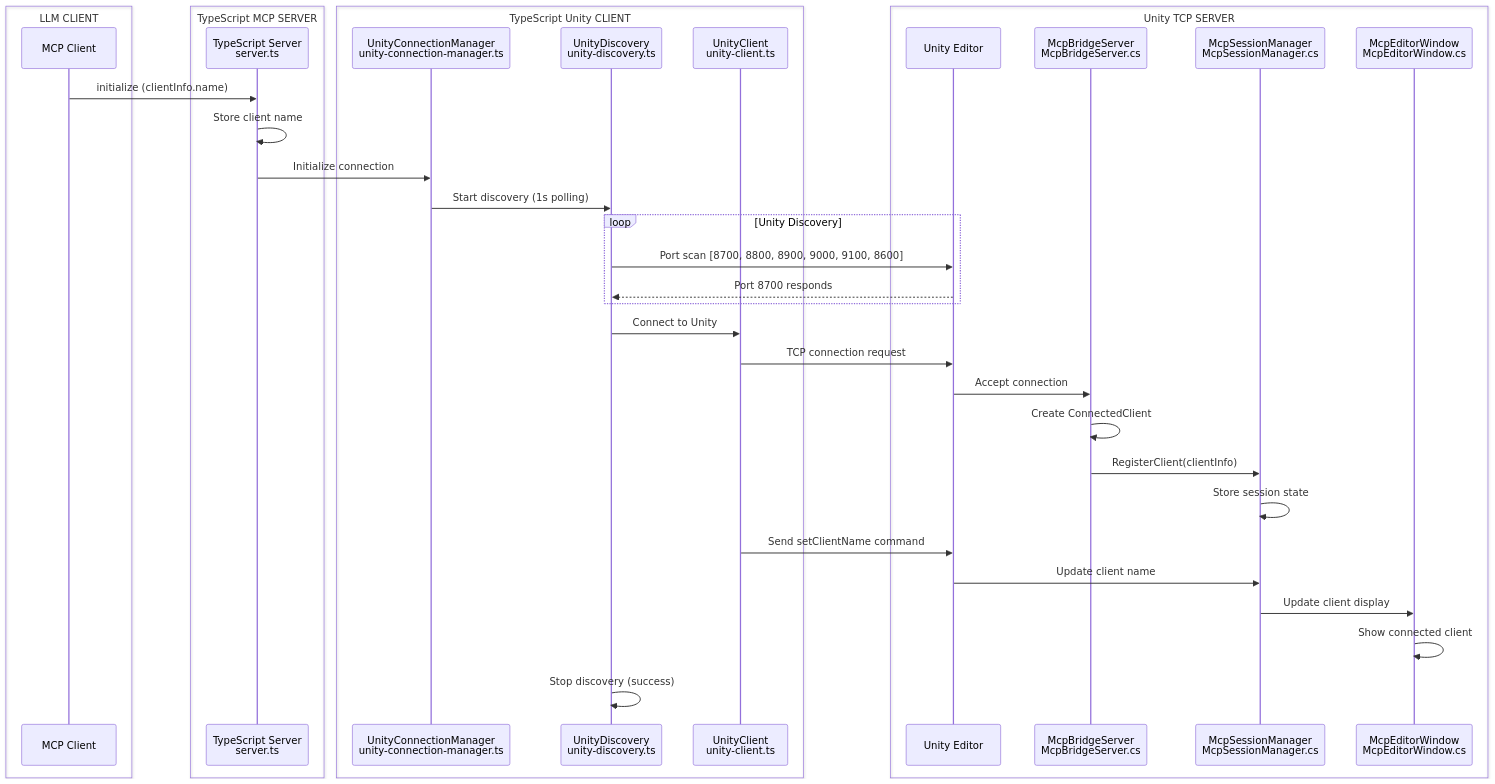
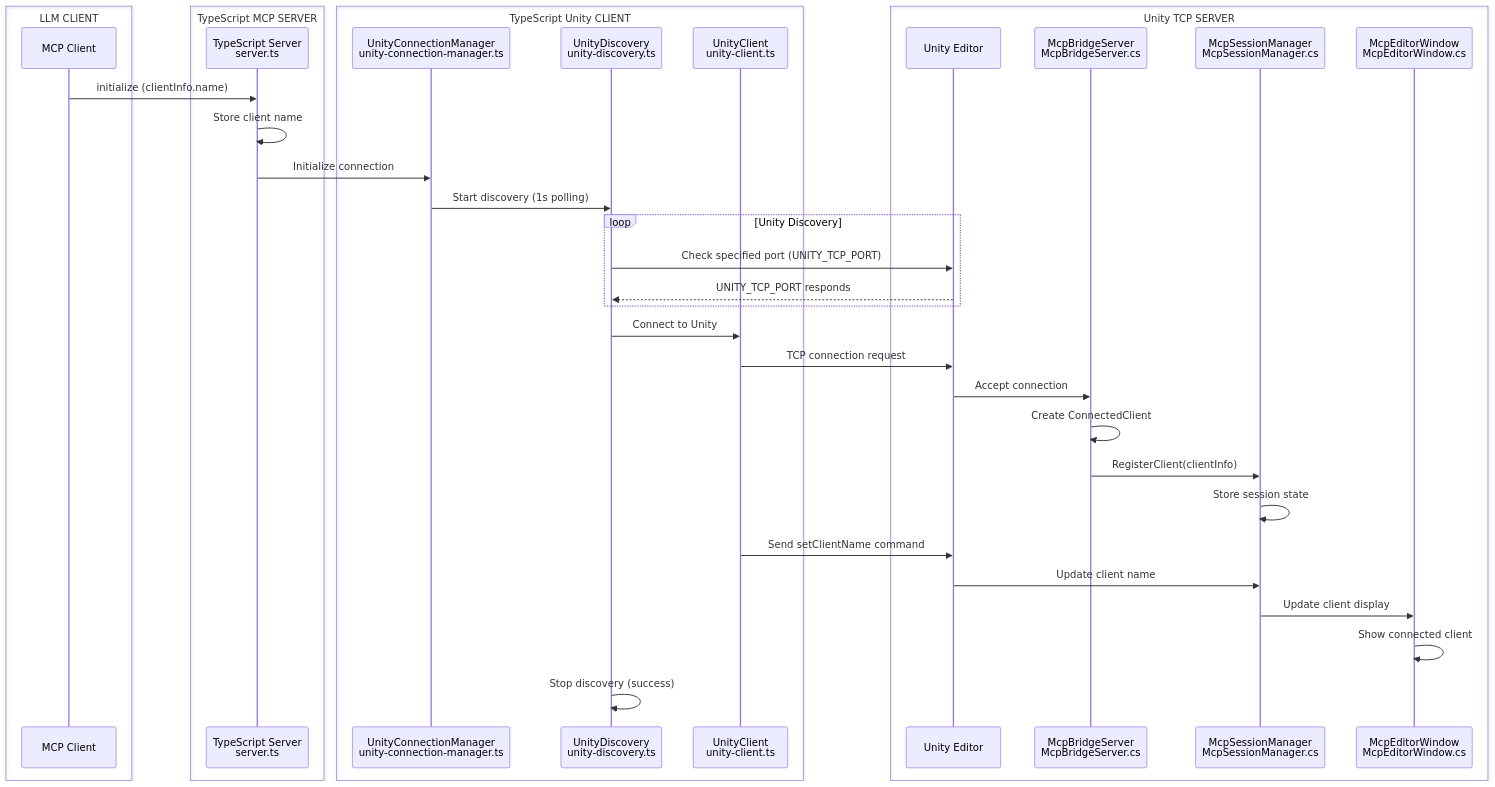
The ninth of 16 diagrams in Packages/src/ARCHITECTURE.md (hatayama/uLoopMCP), drawn with Mermaid before and after one commit. The commit also changed other lines of this file and 3 other files, not shown here.

Commit message:
refactor: optimize Unity discovery to use single specified port (#234)

````diff
--- a/Packages/src/ARCHITECTURE.md
+++ b/Packages/src/ARCHITECTURE.md
@@ -782,47 +782,47 @@
 ```mermaid
 sequenceDiagram
     box LLM CLIENT
     participant MCP as MCP Client
     end
     
     box TypeScript MCP SERVER
     participant TS as TypeScript Server<br/>server.ts
     end
     
     box TypeScript Unity CLIENT
     participant UCM as UnityConnectionManager<br/>unity-connection-manager.ts
     participant UD as UnityDiscovery<br/>unity-discovery.ts
     participant UC as UnityClient<br/>unity-client.ts
     end
     
     box Unity TCP SERVER
     participant Unity as Unity Editor
     participant MB as McpBridgeServer<br/>McpBridgeServer.cs
     participant SM as McpSessionManager<br/>McpSessionManager.cs
     participant UI as McpEditorWindow<br/>McpEditorWindow.cs
     end
     
     MCP->>TS: initialize (clientInfo.name)
     TS->>TS: Store client name
     TS->>UCM: Initialize connection
     UCM->>UD: Start discovery (1s polling)
     
     loop Unity Discovery
-        UD->>Unity: Port scan [8700, 8800, 8900, 9000, 9100, 8600]
-        Unity-->>UD: Port 8700 responds
+        UD->>Unity: Check specified port (UNITY_TCP_PORT)
+        Unity-->>UD: UNITY_TCP_PORT responds
     end
     
     UD->>UC: Connect to Unity
     UC->>Unity: TCP connection request
     Unity->>MB: Accept connection
     MB->>MB: Create ConnectedClient
     MB->>SM: RegisterClient(clientInfo)
     SM->>SM: Store session state
     
     UC->>Unity: Send setClientName command
     Unity->>SM: Update client name
     SM->>UI: Update client display
     UI->>UI: Show connected client
     
     UD->>UD: Stop discovery (success)
 ```
````
